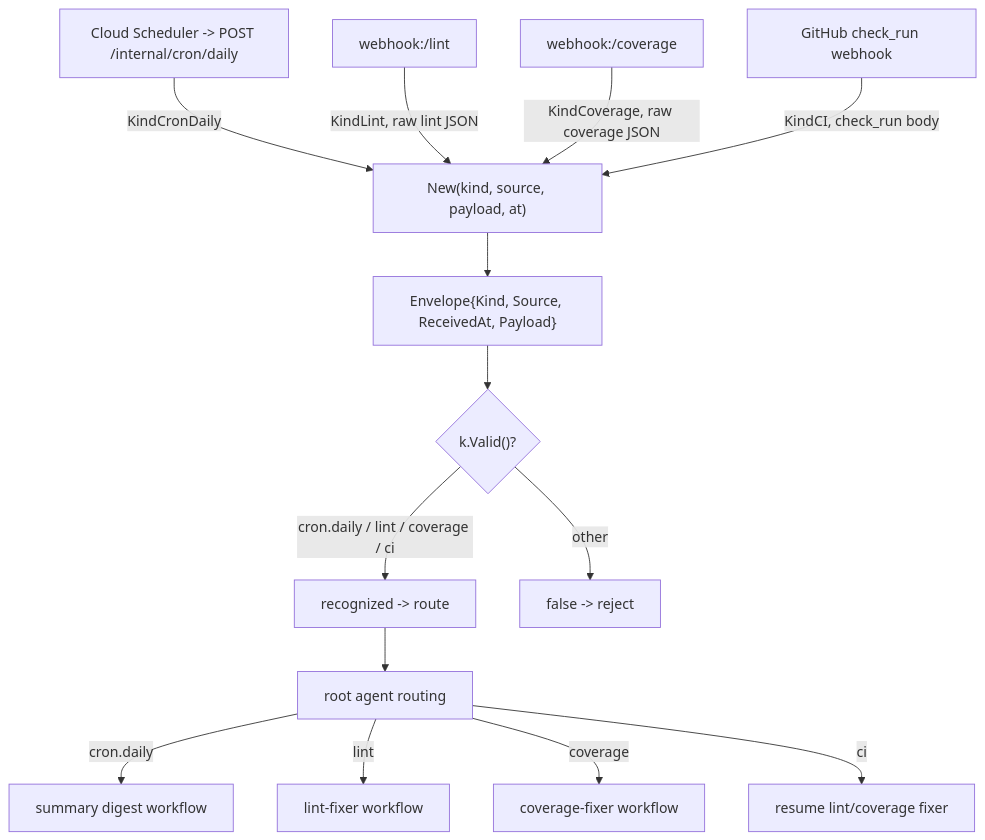
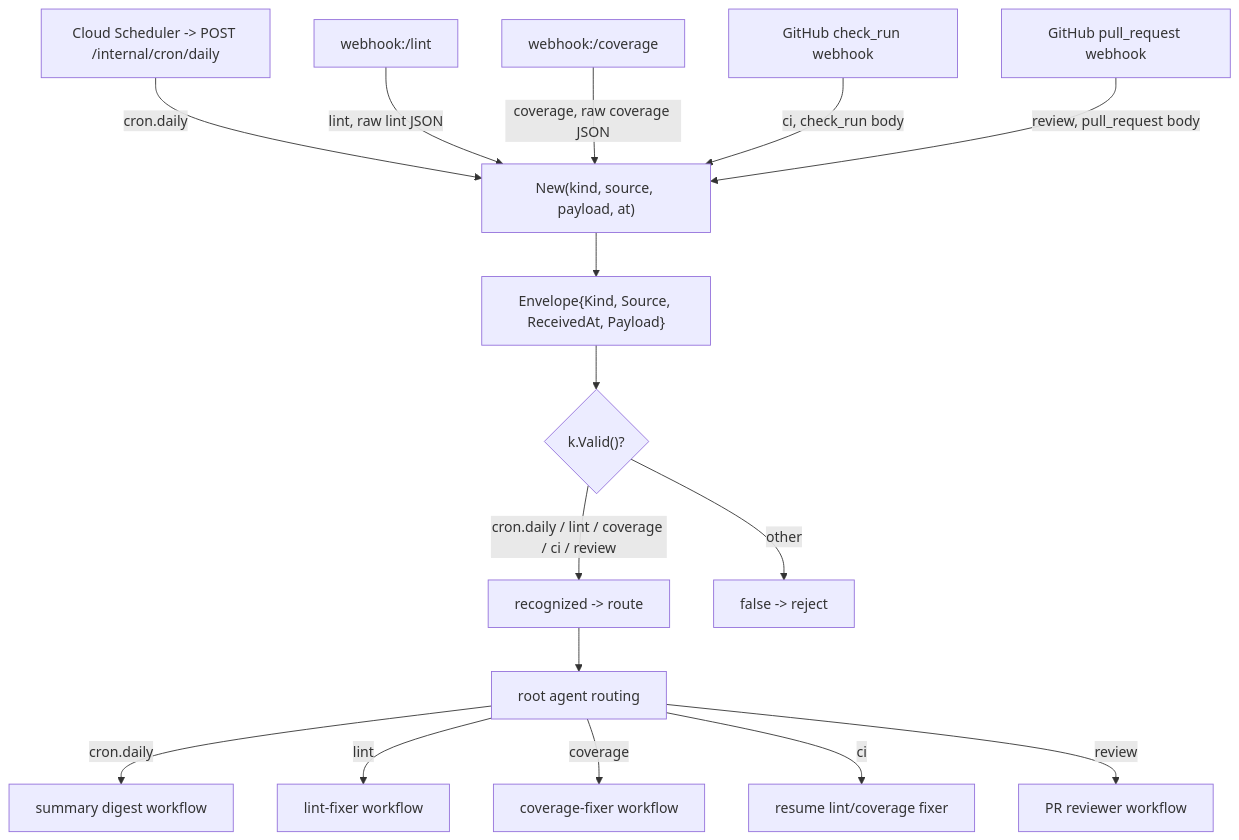
Before and after one commit to jkjamies/automation-agent: the diagram in okf/modules/platform/ingest.md, drawn with Mermaid. The commit also changed other lines of this file and 11 other files, not shown here.

````diff
--- a/okf/modules/platform/ingest.md
+++ b/okf/modules/platform/ingest.md
@@ -21,16 +21,18 @@
 ```mermaid
 flowchart TD
-    S1["Cloud Scheduler -> POST /internal/cron/daily"] -->|KindCronDaily| N
-    W1["webhook:/lint"] -->|KindLint, raw lint JSON| N
-    W2["webhook:/coverage"] -->|KindCoverage, raw coverage JSON| N
-    W3[GitHub check_run webhook] -->|KindCI, check_run body| N
+    S1["Cloud Scheduler -> POST /internal/cron/daily"] -->|cron.daily| N
+    W1["webhook:/lint"] -->|lint, raw lint JSON| N
+    W2["webhook:/coverage"] -->|coverage, raw coverage JSON| N
+    W3[GitHub check_run webhook] -->|ci, check_run body| N
+    W4[GitHub pull_request webhook] -->|review, pull_request body| N
     N["New(kind, source, payload, at)"] --> E["Envelope{Kind, Source, ReceivedAt, Payload}"]
     E --> V{"k.Valid()?"}
-    V -->|"cron.daily / lint / coverage / ci"| OK[recognized -> route]
+    V -->|"cron.daily / lint / coverage / ci / review"| OK[recognized -> route]
     V -->|other| BAD[false -> reject]
     OK --> R[root agent routing]
     R -->|cron.daily| D1[summary digest workflow]
     R -->|lint| D2[lint-fixer workflow]
     R -->|coverage| D3[coverage-fixer workflow]
     R -->|ci| D4[resume lint/coverage fixer]
+    R -->|review| D5[PR reviewer workflow]
 ```
````
